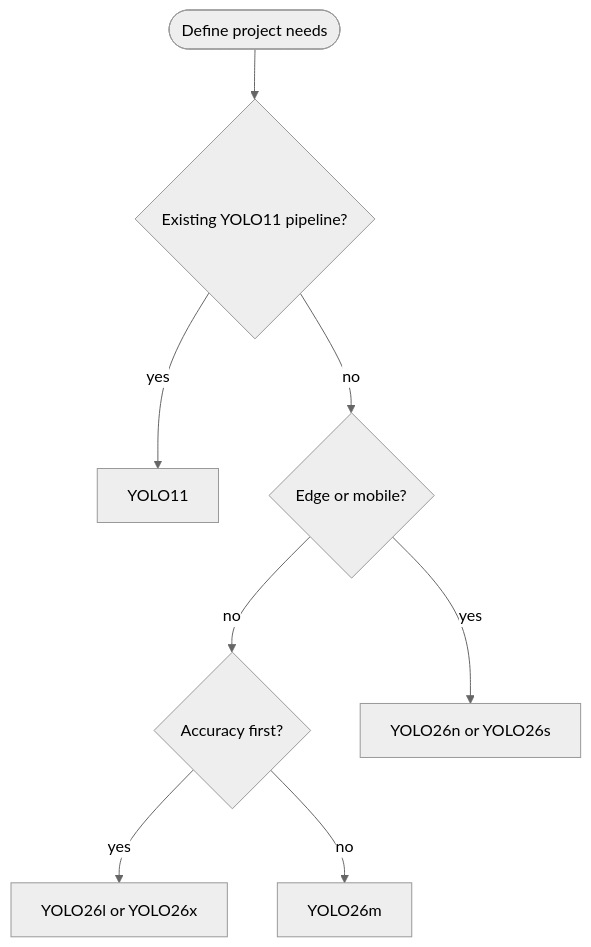
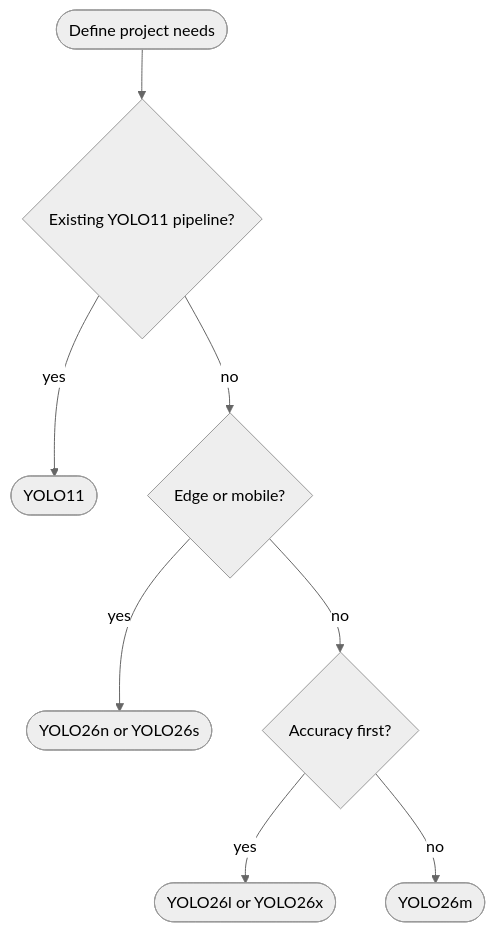
Before and after one commit to ultralytics/docs: the diagram in docs/en/compare/index.md, drawn with Mermaid (neutral theme).

Commit message:
Mark compare hub decision outcomes as terminals and list yes exits first

````diff
--- a/docs/en/compare/index.md
+++ b/docs/en/compare/index.md
@@ -25,10 +25,10 @@
 ```mermaid
 flowchart TD
     A([Define project needs]) --> B{Existing YOLO11 pipeline?}
-    B -->|yes| C[YOLO11]
+    B -->|yes| C([YOLO11])
     B -->|no| D{Edge or mobile?}
+    D -->|yes| F([YOLO26n or YOLO26s])
     D -->|no| E{Accuracy first?}
-    D -->|yes| F[YOLO26n or YOLO26s]
-    E -->|yes| G[YOLO26l or YOLO26x]
-    E -->|no| H[YOLO26m]
+    E -->|yes| G([YOLO26l or YOLO26x])
+    E -->|no| H([YOLO26m])
 ```
````
